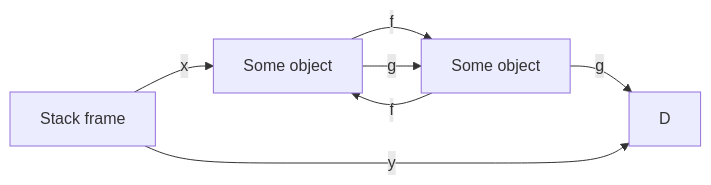
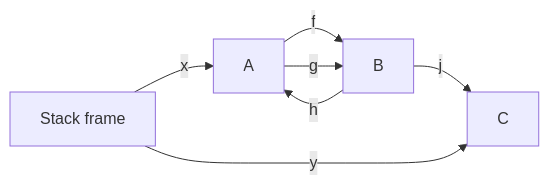
The third of 12 diagrams in pep795.md (TobiasWrigstad/peps), drawn with Mermaid before and after one commit. The commit also changed other lines of this file, not shown here.

Commit message:
Some of Matt J's comments addressed

````diff
--- a/pep795.md
+++ b/pep795.md
@@ -382,9 +389,9 @@
 ```mermaid
 graph LR;
-  A[Stack frame]-- x -->B[Some object]
-  B-- f -->C[Some object]
-  B-- g -->C
-  C-- f -->B
-  C-- g -->D
-  A-- y -->D
+  O[Stack frame]-- x -->A
+  A-- f -->B
+  A-- g -->B
+  B-- h -->A
+  B-- j -->C
+  O-- y -->C
 ```
````
